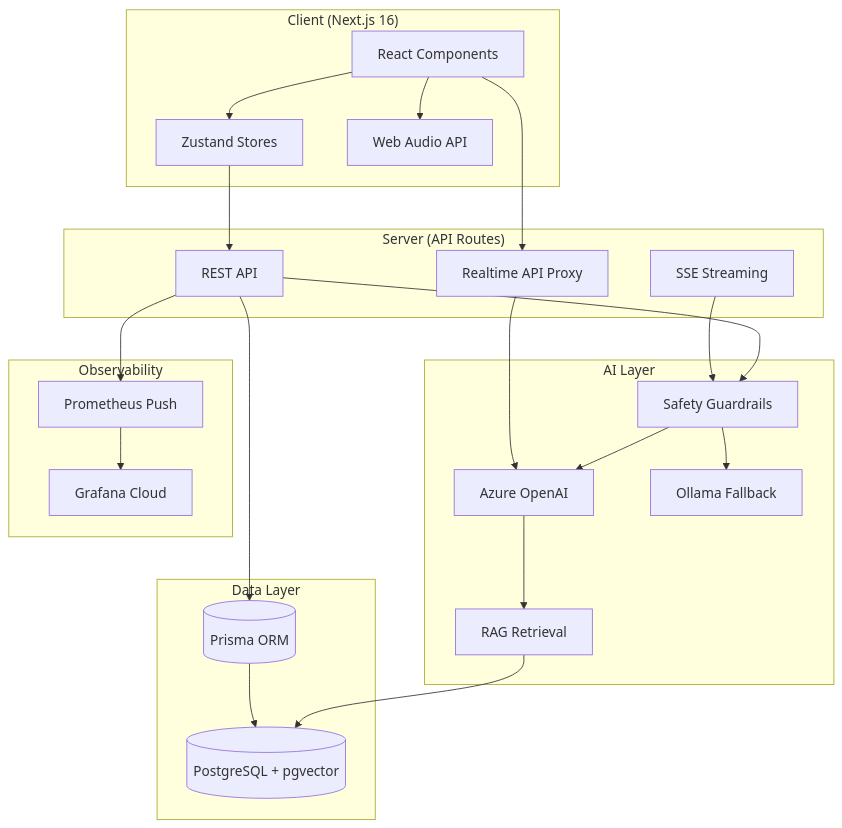
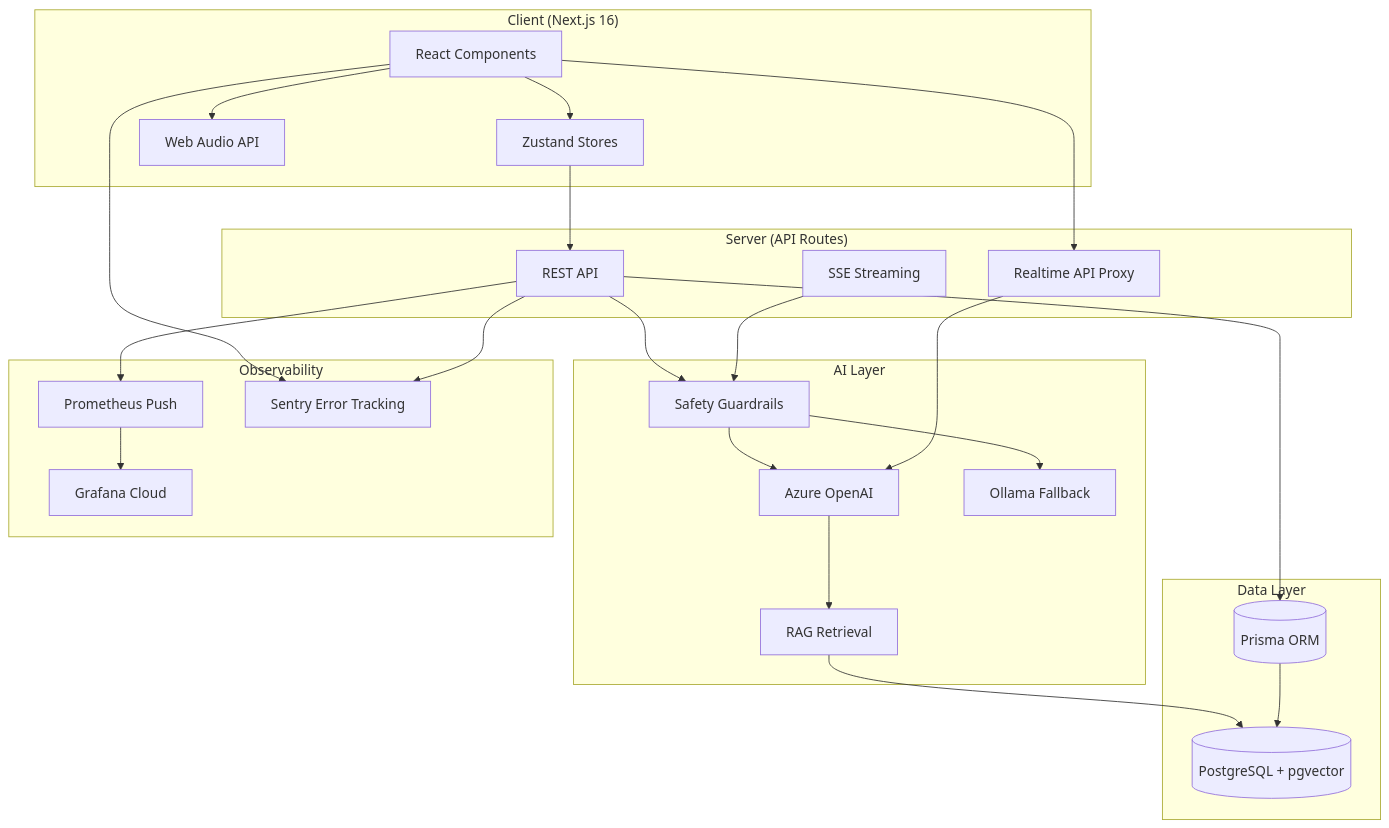
The first of 12 diagrams in docs/technical/ARCHITECTURE.md (FightTheStroke/MirrorBuddy), drawn with Mermaid before and after one commit. The commit also changed 1 other file, not shown here.

Commit message:
docs: add ADR 0070 for Sentry and update architecture diagram
- ADR 0070: Document Sentry integration decision
- Update mermaid diagram with Sentry in observability layer

````diff
--- a/docs/technical/ARCHITECTURE.md
+++ b/docs/technical/ARCHITECTURE.md
@@ -27,51 +27,55 @@
 ```mermaid
 flowchart TB
     subgraph Client["Client (Next.js 16)"]
         UI[React Components]
         Stores[Zustand Stores]
         Audio[Web Audio API]
     end
 
     subgraph Server["Server (API Routes)"]
         API[REST API]
         SSE[SSE Streaming]
         Voice[Realtime API Proxy]
     end
 
     subgraph AI["AI Layer"]
         Azure[Azure OpenAI]
         Ollama[Ollama Fallback]
         Safety[Safety Guardrails]
         RAG[RAG Retrieval]
     end
 
     subgraph Data["Data Layer"]
         Prisma[(Prisma ORM)]
         DB[(PostgreSQL + pgvector)]
     end
 
     subgraph Observability["Observability"]
         Metrics[Prometheus Push]
         Grafana[Grafana Cloud]
+        Sentry[Sentry Error Tracking]
     end
 
     UI --> Stores
     Stores --> API
     UI --> Audio
     UI --> Voice
 
     API --> Safety
     SSE --> Safety
     Safety --> Azure
     Safety --> Ollama
     Azure --> RAG
     RAG --> DB
 
     API --> Prisma
     Prisma --> DB
 
     Voice --> Azure
 
     API --> Metrics
     Metrics --> Grafana
+
+    UI --> Sentry
+    API --> Sentry
 ```
````
